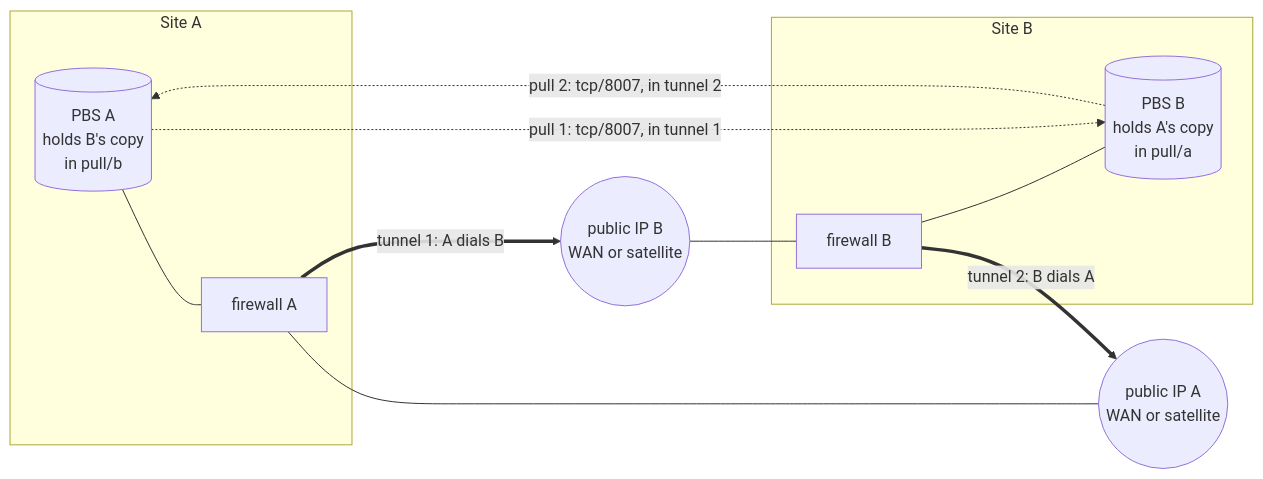
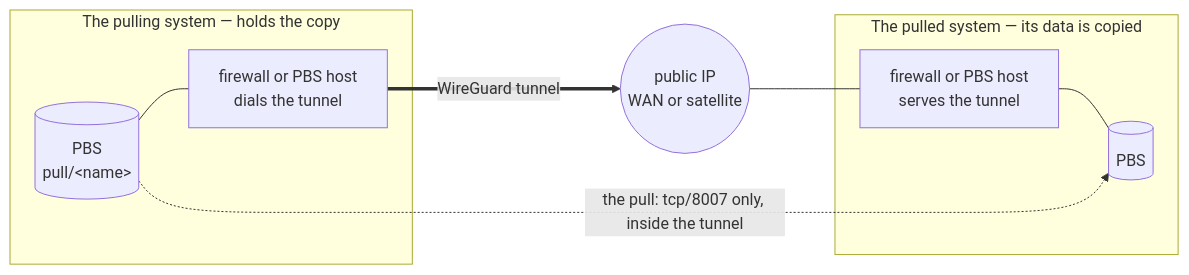
Before and after one commit to TAPPaaS/TAPPaaS: the diagram in src/foundation/backup/BUDDY.md, drawn with Mermaid. The commit also changed other lines of this file and 2 other files, not shown here.

First line of the commit message:
docs(backup): BUDDY.md as one pull, one tunnel, and four setups

````diff
--- a/src/foundation/backup/BUDDY.md
+++ b/src/foundation/backup/BUDDY.md
@@ -18,17 +19,13 @@
 ```mermaid
 flowchart LR
-  subgraph A["Site A"]
-    PA[("PBS A<br/>holds B's copy<br/>in pull/b")] --- FA["firewall A"]
+  subgraph P["The pulling system — holds the copy"]
+    PP[("PBS<br/>pull/&lt;name&gt;")] --- FP["firewall or PBS host<br/>dials the tunnel"]
   end
-  IA(("public IP A<br/>WAN or satellite"))
-  IB(("public IP B<br/>WAN or satellite"))
-  subgraph B["Site B"]
-    FB["firewall B"] --- PB[("PBS B<br/>holds A's copy<br/>in pull/a")]
+  IP(("public IP<br/>WAN or satellite"))
+  subgraph S["The pulled system — its data is copied"]
+    FS["firewall or PBS host<br/>serves the tunnel"] --- PS[("PBS")]
   end
-  FA --- IA
-  IB --- FB
-  FA == "tunnel 1: A dials B" ==> IB
-  FB == "tunnel 2: B dials A" ==> IA
-  PA -. "pull 1: tcp/8007, in tunnel 1" .-> PB
-  PB -. "pull 2: tcp/8007, in tunnel 2" .-> PA
+  FP == "WireGuard tunnel" ==> IP
+  IP --- FS
+  PP -. "the pull: tcp/8007 only, inside the tunnel" .-> PS
 ```
````
